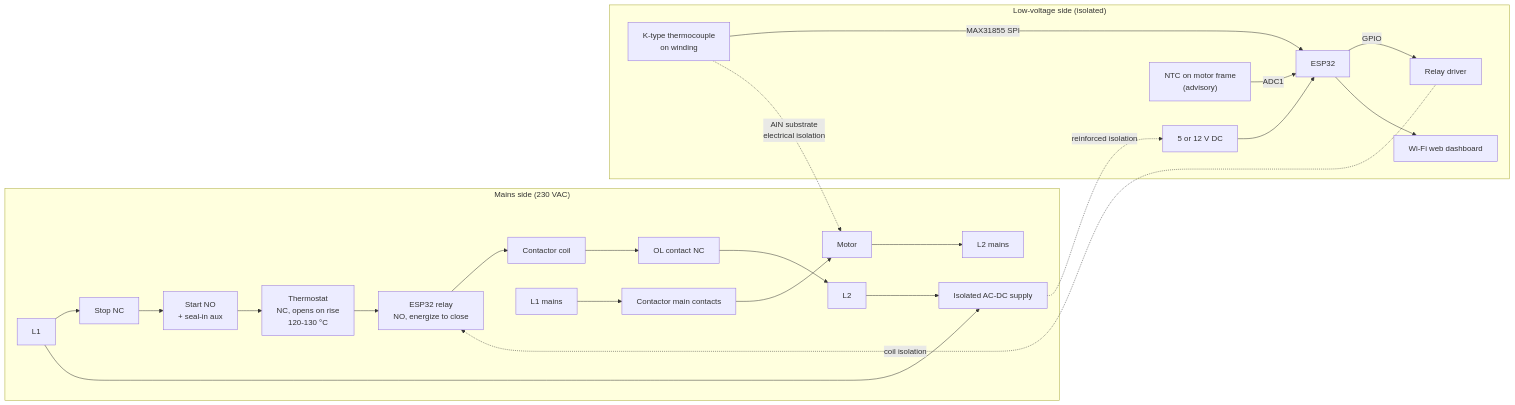
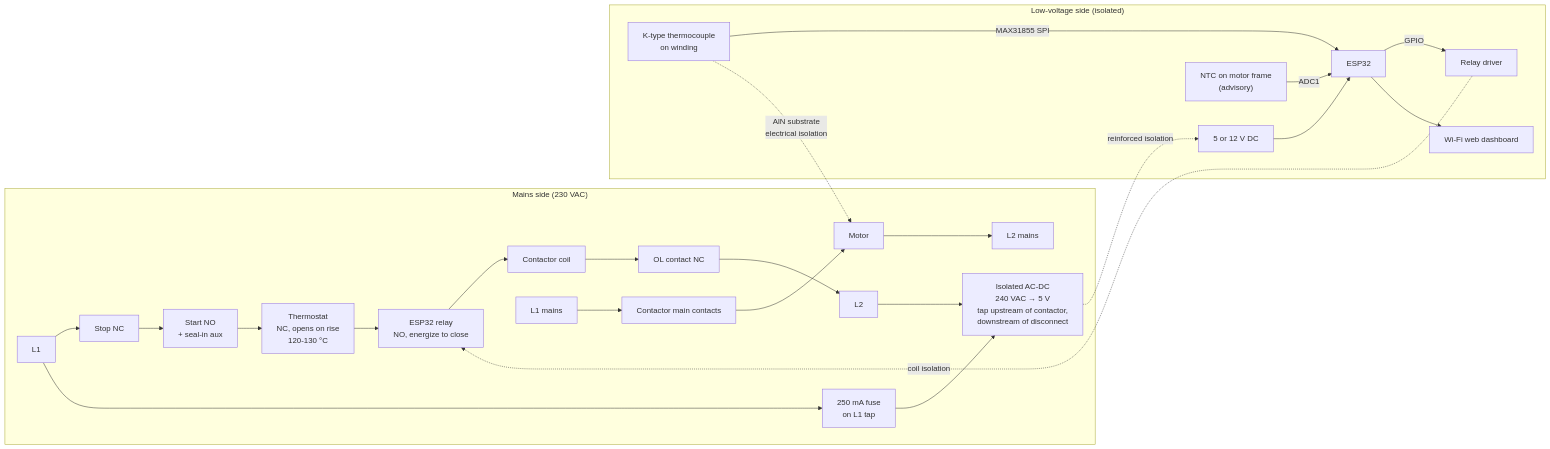
The first of 3 diagrams in ARCHITECTURE.md (6ilo/tablesaw-thermal-protection), drawn with Mermaid before and after one commit. The commit also changed other lines of this file, not shown here.

First line of the commit message:
Add Power supply section: isolated AC-DC tap in parallel with mains

````diff
--- a/ARCHITECTURE.md
+++ b/ARCHITECTURE.md
@@ -90,31 +134,32 @@
 ```mermaid
 flowchart LR
     subgraph MAINS ["Mains side (230 VAC)"]
         L1[L1] --> Stop[Stop NC]
         Stop --> StartSeal["Start NO<br/>+ seal-in aux"]
         StartSeal --> TS["Thermostat<br/>NC, opens on rise<br/>120-130 °C"]
         TS --> RLY["ESP32 relay<br/>NO, energize to close"]
         RLY --> Coil[Contactor coil]
         Coil --> OL[OL contact NC]
         OL --> L2[L2]
 
-        L1 --> PSU_IN[Isolated AC-DC supply]
+        L1 --> FUSE["250 mA fuse<br/>on L1 tap"]
+        FUSE --> PSU_IN["Isolated AC-DC<br/>240 VAC → 5 V<br/>tap upstream of contactor,<br/>downstream of disconnect"]
         L2 --> PSU_IN
 
         L1_mot[L1 mains] --> Cont[Contactor main contacts]
         Cont --> Mot[Motor]
         Mot --> L2_mot[L2 mains]
     end
 
     subgraph LV ["Low-voltage side (isolated)"]
         PSU_OUT[5 or 12 V DC] --> ESP[ESP32]
         ESP -->|GPIO| RelayDrv[Relay driver]
         TC["K-type thermocouple<br/>on winding"] -->|MAX31855 SPI| ESP
         NTC["NTC on motor frame<br/>(advisory)"] -->|ADC1| ESP
         ESP --> WiFi[Wi-Fi web dashboard]
     end
 
     PSU_IN -.reinforced isolation.-> PSU_OUT
     RelayDrv -.coil isolation.-> RLY
     TC -.AlN substrate<br/>electrical isolation.-> Mot
 ```
````
